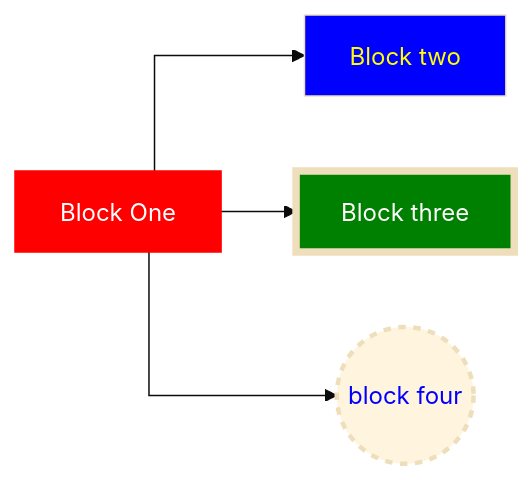
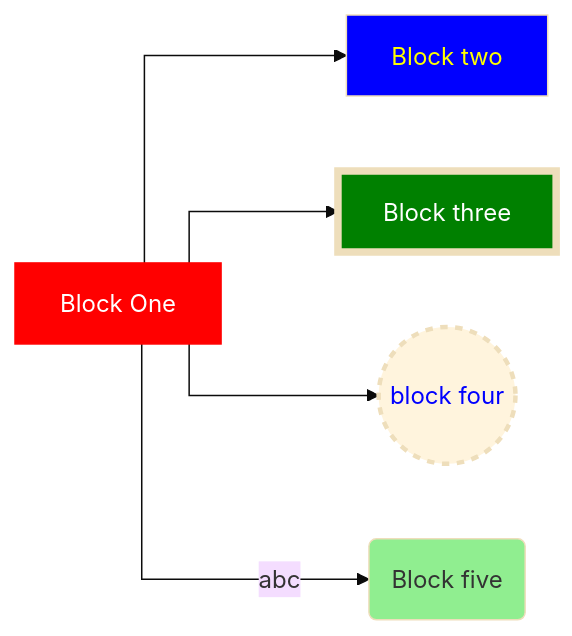
One commit to stephening/testmermaid changed the diagram in README.md. Above: the diagram before and after it, drawn with Mermaid (base theme).

````diff
--- a/README.md
+++ b/README.md
@@ -4,11 +4,13 @@
 ```mermaid
 %%{ init: { 'flowchart': { 'curve': 'stepBefore' } } }%%
 graph LR
 b1[Block One]-->b2[Block two]
 style b1 fill:red,stroke:red,shadow:shadow,color:white
 style b2 fill:blue,color:yellow
 b1-->b3[Block three]
 style b3 fill:green,color:white,stroke-width:5px
 b1-->b4((block four))
 style b4 stroke-width:3,stroke-dasharray:5 5,color:blue
+b1--abc-->b5(Block five)
+style b5 fill:lightgreen
 ```
````
